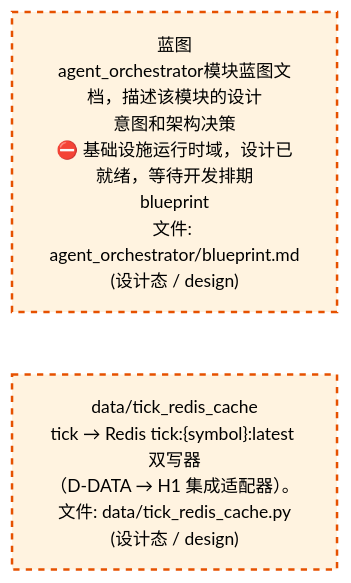
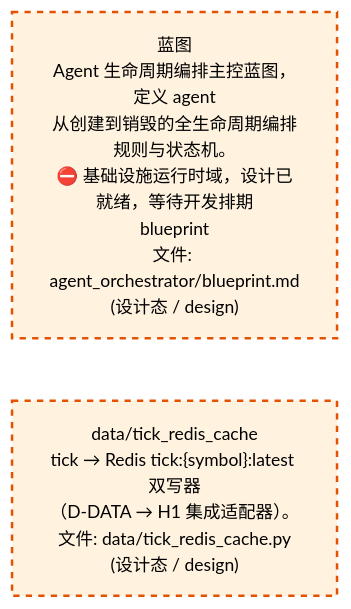
One commit to xuanFelixVan/ZephyrAlpha changed the third of 4 diagrams in docs/02_enterprise_architecture/02_domain_architecture_docs/06_d_infra_runtime.md. Above: the diagram before and after it, drawn with Mermaid. The commit also changed other lines of this file and 12 other files, not shown here.

````diff
--- a/docs/02_enterprise_architecture/02_domain_architecture_docs/06_d_infra_runtime.md
+++ b/docs/02_enterprise_architecture/02_domain_architecture_docs/06_d_infra_runtime.md
@@ -1107,12 +1107,12 @@
 ```mermaid
 %%{init: {'theme': 'base', 'themeVariables': {'primaryColor': '#eaeaea', 'primaryTextColor': '#333333', 'primaryBorderColor': '#666666', 'lineColor': '#666666', 'secondaryColor': '#eaeaea', 'tertiaryColor': '#eaeaea', 'fontSize': '14px'}}}%%
 flowchart TD
-    docs_03_modules_cross_layer_agent_orchestrator_blueprint_md["蓝图<br/>agent_orchestrator模块蓝图文档，描述该模块的设计<br/>意图和架构决策<br/>⛔ 基础设施运行时域，设计已就绪，等待开发排期<br/>blueprint<br/>文件: agent_orchestrator/blueprint.md<br/>(设计态 / design)"]
+    docs_03_modules_cross_layer_agent_orchestrator_blueprint_md["蓝图<br/>Agent 生命周期编排主控蓝图，定义 agent<br/>从创建到销毁的全生命周期编排规则与状态机。<br/>⛔ 基础设施运行时域，设计已就绪，等待开发排期<br/>blueprint<br/>文件: agent_orchestrator/blueprint.md<br/>(设计态 / design)"]
     src_zephyr_data_tick_redis_cache_py["data/tick_redis_cache<br/>tick → Redis tick:{symbol}:latest 双写器<br/>（D-DATA → H1 集成适配器）。<br/>文件: data/tick_redis_cache.py<br/>(设计态 / design)"]
     docs_03_modules_cross_layer_agent_orchestrator_blueprint_md ~~~ src_zephyr_data_tick_redis_cache_py
     classDef production fill:#e1f5fe,stroke:#01579b,stroke-width:2px,color:#000
     classDef design fill:#fff3e0,stroke:#e65100,stroke-width:2px,color:#000,stroke-dasharray: 5 5
     classDef external_prod fill:#e8f4fd,stroke:#0277bd,stroke-width:1px,color:#000
     classDef external_design fill:#fff8e7,stroke:#ef6c00,stroke-width:1px,color:#000,stroke-dasharray: 5 5
     class docs_03_modules_cross_layer_agent_orchestrator_blueprint_md,src_zephyr_data_tick_redis_cache_py design
 ```
````
